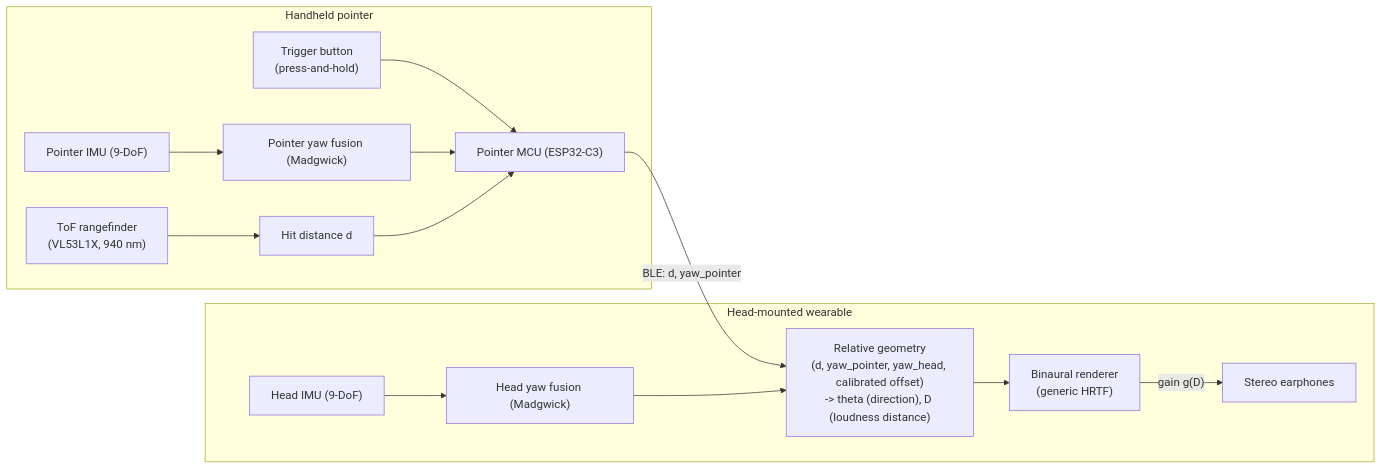
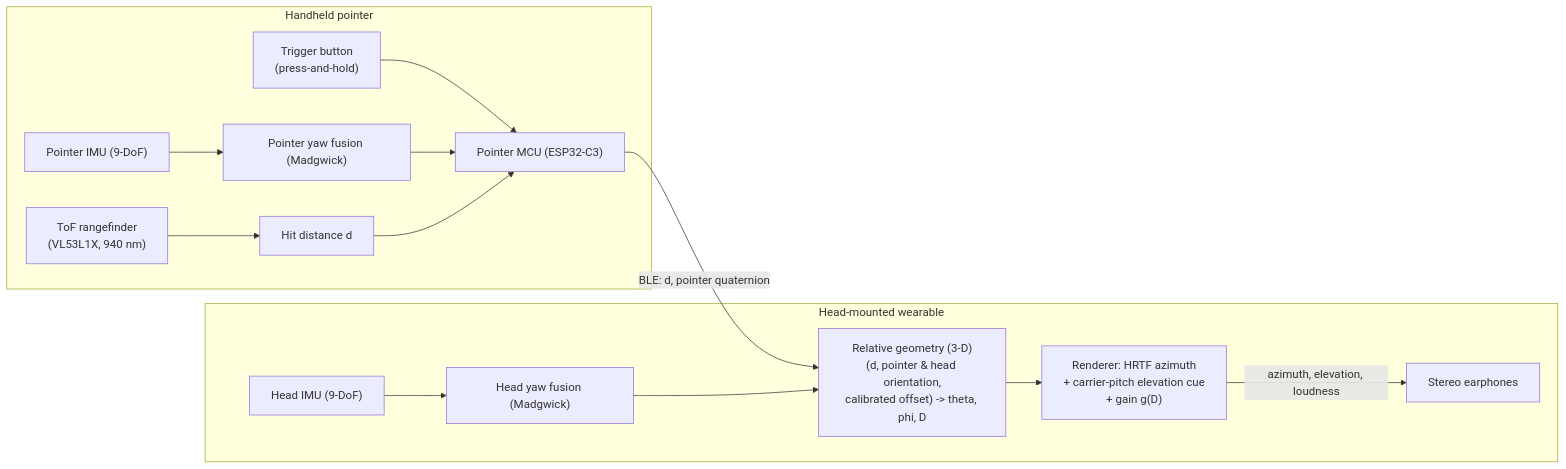
The diagram in README.md (pewpil/auris), drawn with Mermaid before and after one commit. The commit also changed other lines of this file and 4 other files, not shown here.

````diff
--- a/README.md
+++ b/README.md
@@ -84,17 +56,17 @@
 ```mermaid
 flowchart LR
     subgraph pointer["Handheld pointer"]
         pimu["Pointer IMU (9-DoF)"] --> pfus["Pointer yaw fusion (Madgwick)"]
         tof["ToF rangefinder<br/>(VL53L1X, 940 nm)"] --> dist["Hit distance d"]
         btn["Trigger button<br/>(press-and-hold)"] --> mcu1["Pointer MCU (ESP32-C3)"]
         pfus --> mcu1
         dist --> mcu1
     end
     subgraph wearable["Head-mounted wearable"]
         himu["Head IMU (9-DoF)"] --> hfus["Head yaw fusion (Madgwick)"]
-        mcu1 -- "BLE: d, yaw_pointer" --> geo["Relative geometry<br/>(d, yaw_pointer, yaw_head, calibrated offset)<br/>-> theta (direction), D (loudness distance)"]
+        mcu1 -- "BLE: d, pointer quaternion" --> geo["Relative geometry (3-D)<br/>(d, pointer & head orientation,<br/>calibrated offset) -> theta, phi, D"]
         hfus --> geo
-        geo --> ren["Binaural renderer<br/>(generic HRTF)"]
-        ren -- "gain g(D)" --> spk["Stereo earphones"]
+        geo --> ren["Renderer: HRTF azimuth<br/>+ carrier-pitch elevation cue<br/>+ gain g(D)"]
+        ren -- "azimuth, elevation, loudness" --> spk["Stereo earphones"]
     end
 ```
````
